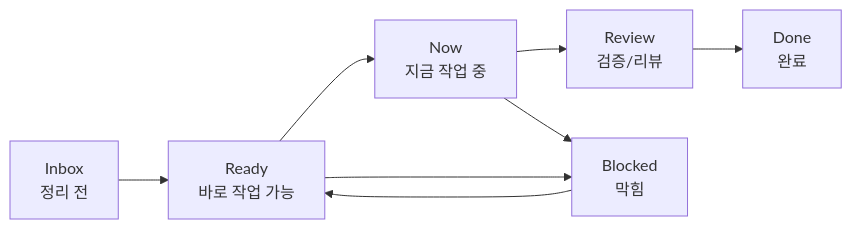
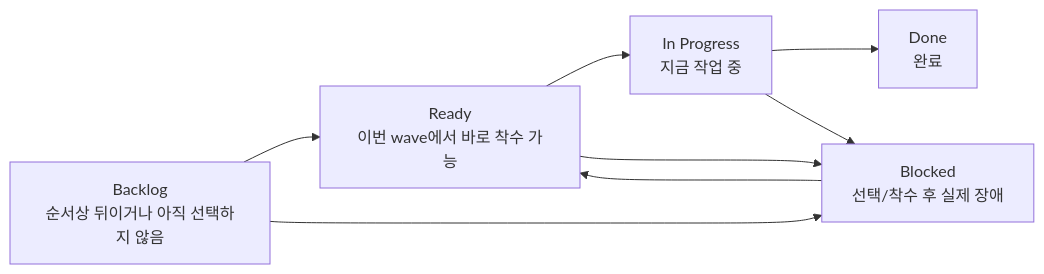
Before and after one commit to r0feynman/codex-deepresearch: the fourth of 9 diagrams in docs/codex-deepresearch-project-management.md, drawn with Mermaid. The commit also changed other lines of this file and 6 other files, not shown here.

````diff
--- a/docs/codex-deepresearch-project-management.md
+++ b/docs/codex-deepresearch-project-management.md
@@ -92,10 +98,10 @@
 ```mermaid
 flowchart LR
-  Inbox["Inbox<br/>정리 전"] --> Ready["Ready<br/>바로 작업 가능"]
-  Ready --> Now["Now<br/>지금 작업 중"]
-  Now --> Review["Review<br/>검증/리뷰"]
-  Review --> Done["Done<br/>완료"]
-  Ready --> Blocked["Blocked<br/>막힘"]
-  Now --> Blocked
+  Backlog["Backlog<br/>순서상 뒤이거나 아직 선택하지 않음"] --> Ready["Ready<br/>이번 wave에서 바로 착수 가능"]
+  Ready --> InProgress["In Progress<br/>지금 작업 중"]
+  InProgress --> Done["Done<br/>완료"]
+  Ready --> Blocked["Blocked<br/>선택/착수 후 실제 장애"]
+  InProgress --> Blocked
   Blocked --> Ready
+  Backlog --> Blocked
 ```
````
